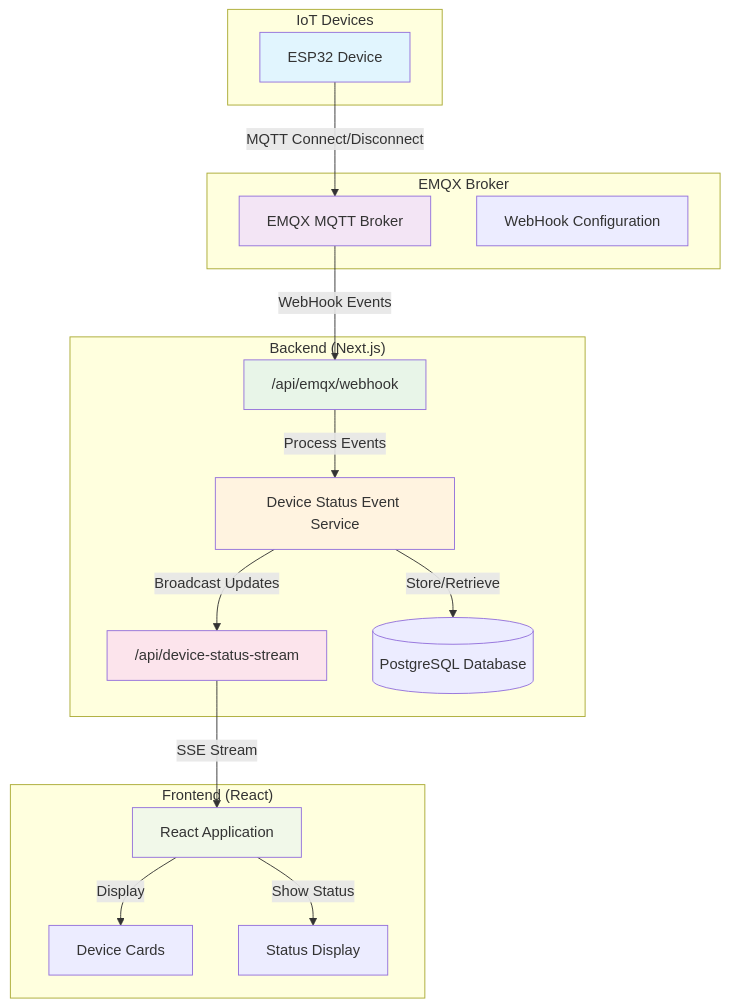
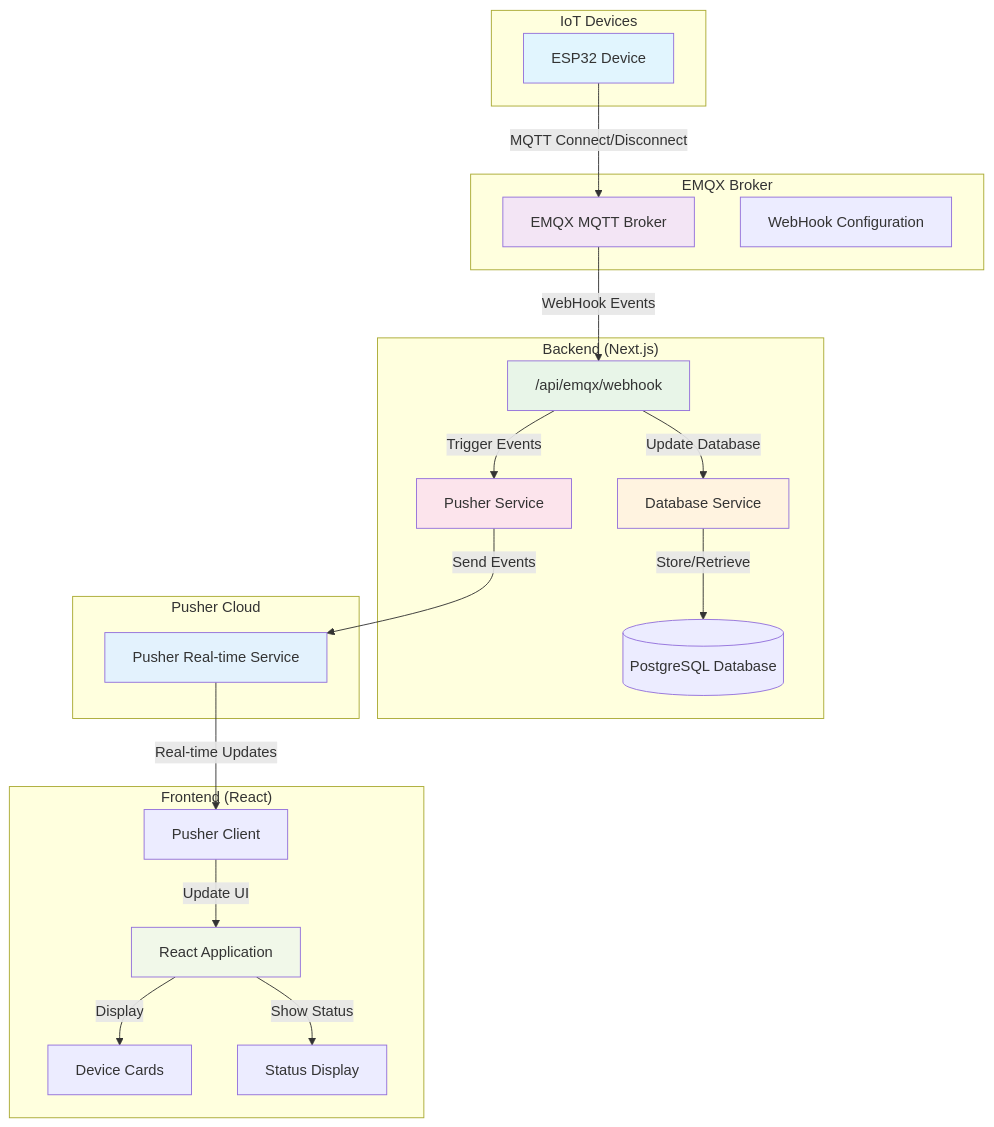
One commit to Misakaka10086/IoT_Platform changed the first of 4 diagrams in web/README.md. Above: the diagram before and after it, drawn with Mermaid. The commit also changed other lines of this file and 19 other files, not shown here.

````diff
--- a/web/README.md
+++ b/web/README.md
@@ -16,41 +16,48 @@
 ```mermaid
 graph TB
     subgraph "IoT Devices"
         ESP32[ESP32 Device]
     end
     
     subgraph "EMQX Broker"
         EMQX[EMQX MQTT Broker]
         WebHookConfig[WebHook Configuration]
     end
     
     subgraph "Backend (Next.js)"
         WebHookAPI["/api/emqx/webhook"]
-        EventService[Device Status Event Service]
-        SSEAPI["/api/device-status-stream"]
+        DatabaseService[Database Service]
+        PusherService[Pusher Service]
         DB[(PostgreSQL Database)]
+    end
+    
+    subgraph "Pusher Cloud"
+        Pusher[Pusher Real-time Service]
     end
     
     subgraph "Frontend (React)"
         ReactApp[React Application]
+        PusherClient[Pusher Client]
         DeviceCards[Device Cards]
         StatusDisplay[Status Display]
     end
     
     ESP32 -->|MQTT Connect/Disconnect| EMQX
     EMQX -->|WebHook Events| WebHookAPI
-    WebHookAPI -->|Process Events| EventService
-    EventService -->|Broadcast Updates| SSEAPI
-    SSEAPI -->|SSE Stream| ReactApp
+    WebHookAPI -->|Update Database| DatabaseService
+    WebHookAPI -->|Trigger Events| PusherService
+    DatabaseService -->|Store/Retrieve| DB
+    PusherService -->|Send Events| Pusher
+    Pusher -->|Real-time Updates| PusherClient
+    PusherClient -->|Update UI| ReactApp
     ReactApp -->|Display| DeviceCards
     ReactApp -->|Show Status| StatusDisplay
-    
-    EventService -->|Store/Retrieve| DB
     
     style ESP32 fill:#e1f5fe
     style EMQX fill:#f3e5f5
     style WebHookAPI fill:#e8f5e8
-    style EventService fill:#fff3e0
-    style SSEAPI fill:#fce4ec
+    style DatabaseService fill:#fff3e0
+    style PusherService fill:#fce4ec
+    style Pusher fill:#e3f2fd
     style ReactApp fill:#f1f8e9
 ```
````
